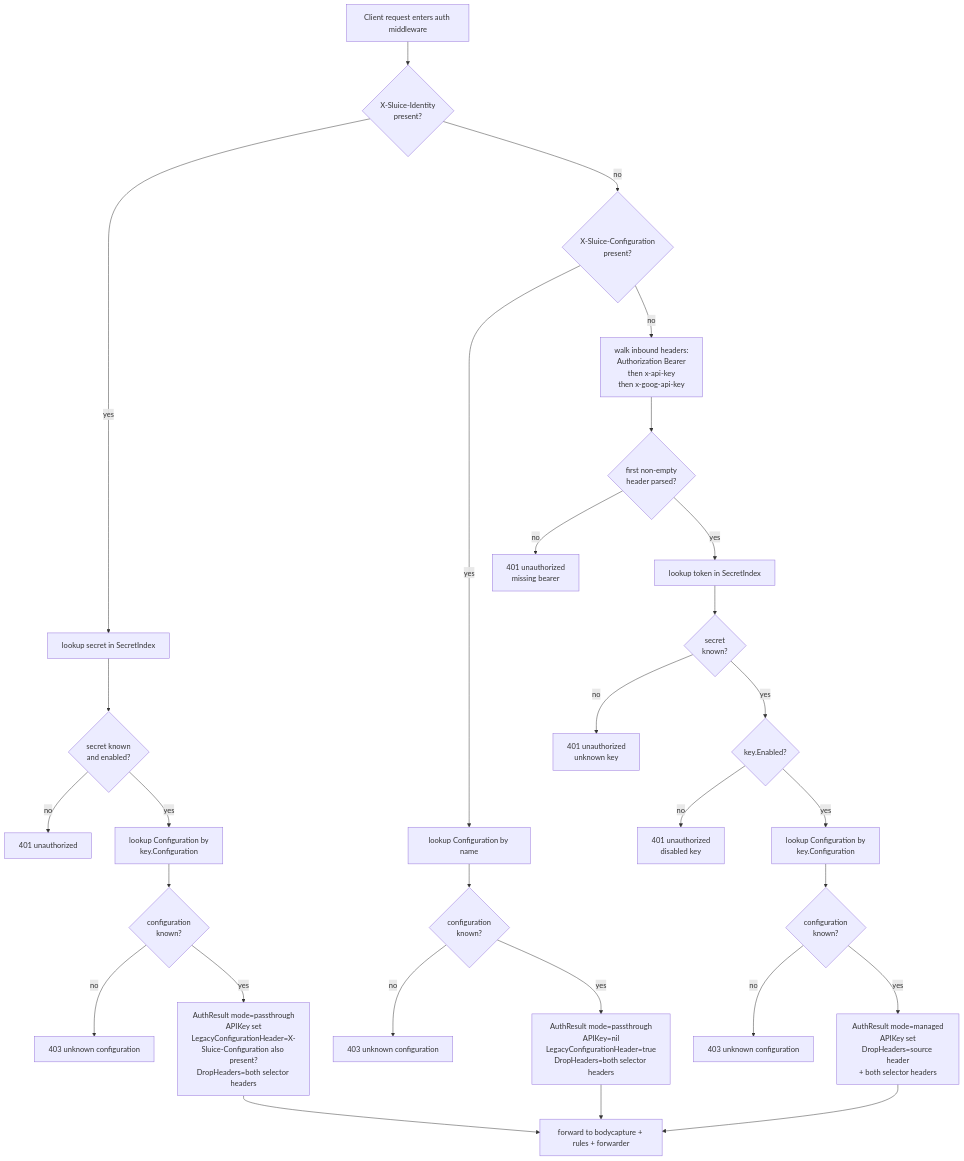
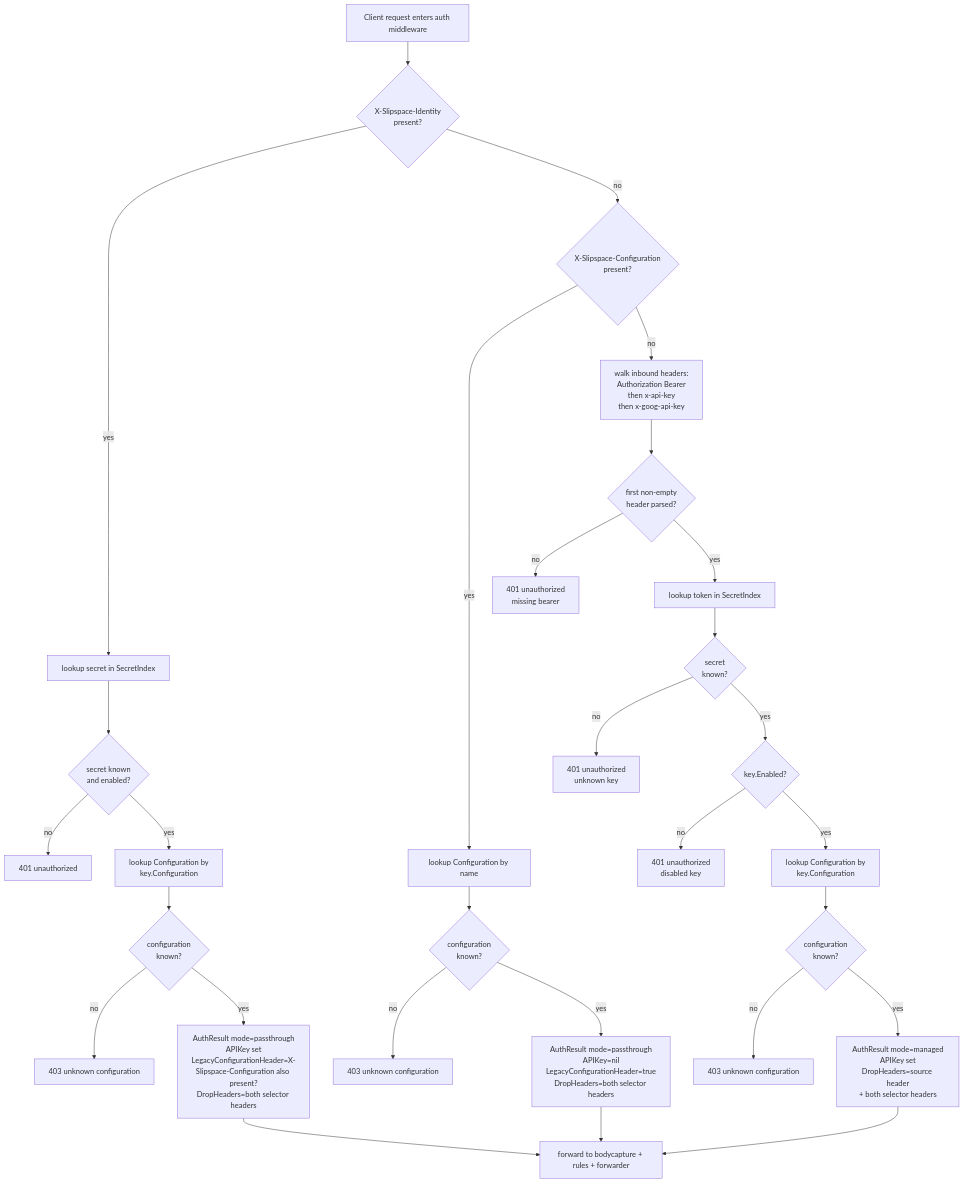
Before and after one commit to andyjmorgan/slipspace-gateway: the first of 3 diagrams in docs/auth.md, drawn with Mermaid. The commit also changed other lines of this file and 212 other files, not shown here.

````diff
--- a/docs/auth.md
+++ b/docs/auth.md
@@ -49,31 +49,31 @@
 ```mermaid
 flowchart TB
-    Start[Client request enters auth middleware] --> IdHdr{X-Sluice-Identity<br/>present?}
+    Start[Client request enters auth middleware] --> IdHdr{X-Slipspace-Identity<br/>present?}
     IdHdr -- yes --> IdLookup[lookup secret in SecretIndex]
     IdLookup --> IdFound{secret known<br/>and enabled?}
     IdFound -- no --> Err401id[401 unauthorized]
     IdFound -- yes --> IdCfg[lookup Configuration by<br/>key.Configuration]
     IdCfg --> IdCfgFound{configuration<br/>known?}
     IdCfgFound -- no --> Err403id[403 unknown configuration]
-    IdCfgFound -- yes --> PassResultId[AuthResult mode=passthrough<br/>APIKey set<br/>LegacyConfigurationHeader=X-Sluice-Configuration also present?<br/>DropHeaders=both selector headers]
-    IdHdr -- no --> CfgHdr{X-Sluice-Configuration<br/>present?}
+    IdCfgFound -- yes --> PassResultId[AuthResult mode=passthrough<br/>APIKey set<br/>LegacyConfigurationHeader=X-Slipspace-Configuration also present?<br/>DropHeaders=both selector headers]
+    IdHdr -- no --> CfgHdr{X-Slipspace-Configuration<br/>present?}
     CfgHdr -- yes --> CfgLookup[lookup Configuration by name]
     CfgLookup --> CfgFound{configuration<br/>known?}
     CfgFound -- no --> Err403[403 unknown configuration]
     CfgFound -- yes --> PassResult[AuthResult mode=passthrough<br/>APIKey=nil<br/>LegacyConfigurationHeader=true<br/>DropHeaders=both selector headers]
     CfgHdr -- no --> Discover[walk inbound headers:<br/>Authorization Bearer<br/>then x-api-key<br/>then x-goog-api-key]
     Discover --> Found{first non-empty<br/>header parsed?}
     Found -- no --> Err401a[401 unauthorized<br/>missing bearer]
     Found -- yes --> SecretLookup[lookup token in SecretIndex]
     SecretLookup --> SecretFound{secret<br/>known?}
     SecretFound -- no --> Err401b[401 unauthorized<br/>unknown key]
     SecretFound -- yes --> Enabled{key.Enabled?}
     Enabled -- no --> Err401c[401 unauthorized<br/>disabled key]
     Enabled -- yes --> CfgByKey[lookup Configuration by<br/>key.Configuration]
     CfgByKey --> CfgFound2{configuration<br/>known?}
     CfgFound2 -- no --> Err403b[403 unknown configuration]
     CfgFound2 -- yes --> ManagedResult[AuthResult mode=managed<br/>APIKey set<br/>DropHeaders=source header<br/>+ both selector headers]
     PassResultId --> Forward[forward to bodycapture + rules + forwarder]
     PassResult --> Forward
     ManagedResult --> Forward
 ```
````
